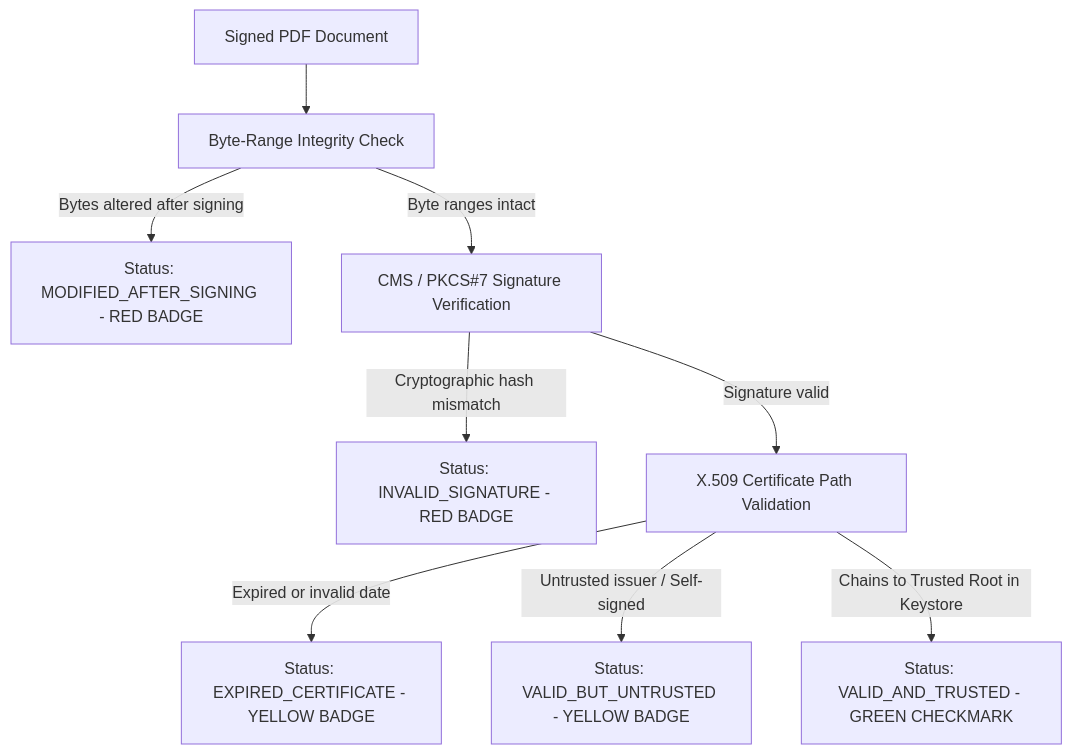
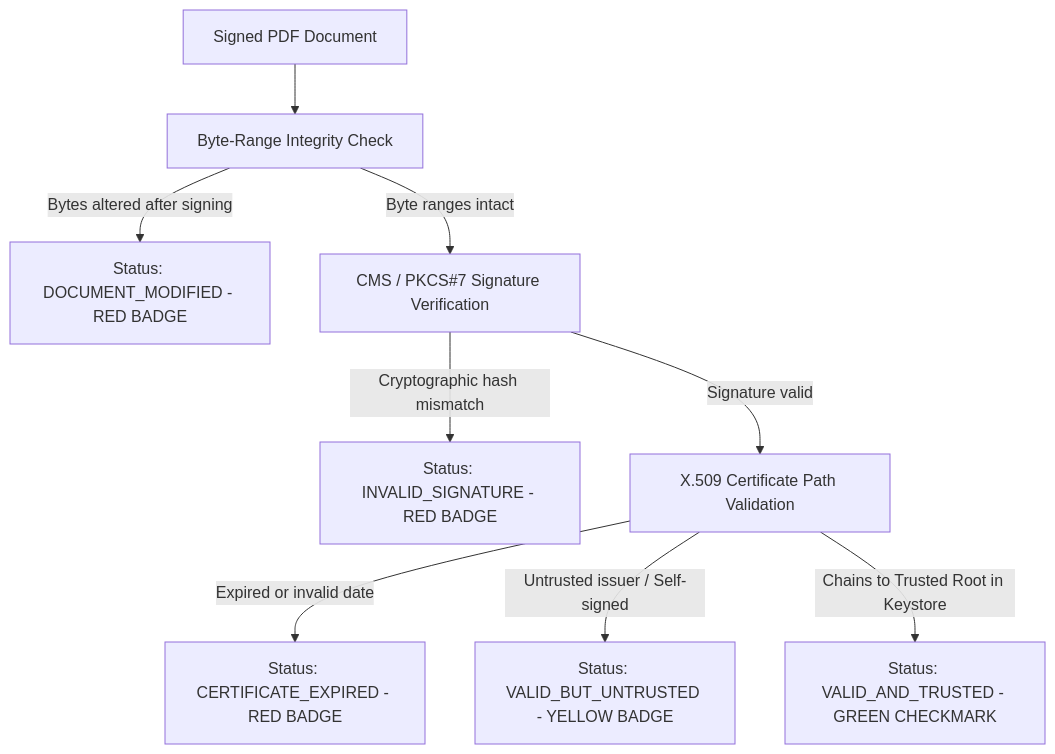
Before and after one commit to subhadip6869/Oqteris: the second of 3 diagrams in ARCHITECTURE.md, drawn with Mermaid. The commit also changed other lines of this file and 124 other files, not shown here.

````diff
--- a/ARCHITECTURE.md
+++ b/ARCHITECTURE.md
@@ -205,11 +111,11 @@
 ```mermaid
 flowchart TD
     PdfFile[Signed PDF Document] --> ByteRange[Byte-Range Integrity Check]
-    ByteRange -- "Bytes altered after signing" --> Tampered[Status: MODIFIED_AFTER_SIGNING - RED BADGE]
+    ByteRange -- "Bytes altered after signing" --> Tampered[Status: DOCUMENT_MODIFIED - RED BADGE]
     ByteRange -- "Byte ranges intact" --> CMS[CMS / PKCS#7 Signature Verification]
     CMS -- "Cryptographic hash mismatch" --> Invalid[Status: INVALID_SIGNATURE - RED BADGE]
     CMS -- "Signature valid" --> CertCheck[X.509 Certificate Path Validation]
-    CertCheck -- "Expired or invalid date" --> Expired[Status: EXPIRED_CERTIFICATE - YELLOW BADGE]
+    CertCheck -- "Expired or invalid date" --> Expired[Status: CERTIFICATE_EXPIRED - RED BADGE]
     CertCheck -- "Untrusted issuer / Self-signed" --> Untrusted[Status: VALID_BUT_UNTRUSTED - YELLOW BADGE]
     CertCheck -- "Chains to Trusted Root in Keystore" --> Trusted[Status: VALID_AND_TRUSTED - GREEN CHECKMARK]
 ```
````
